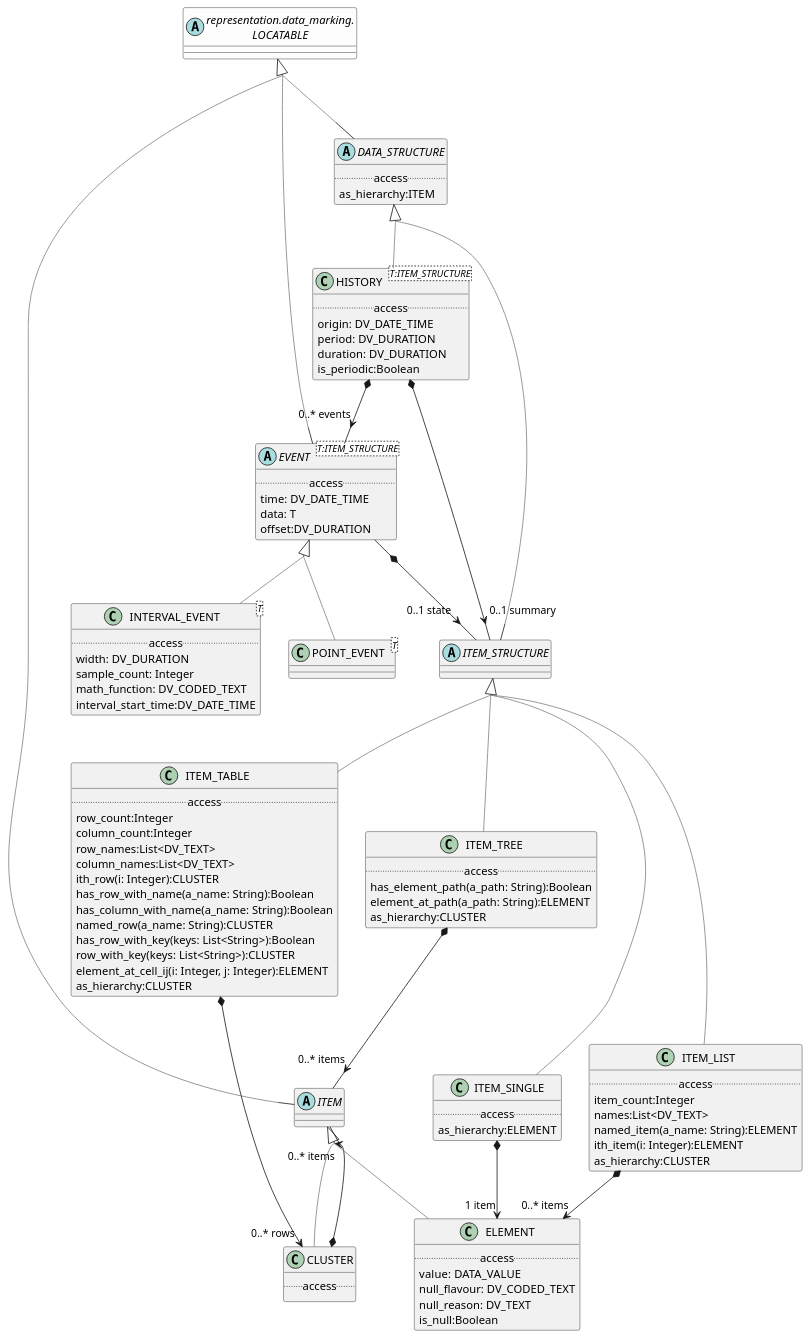
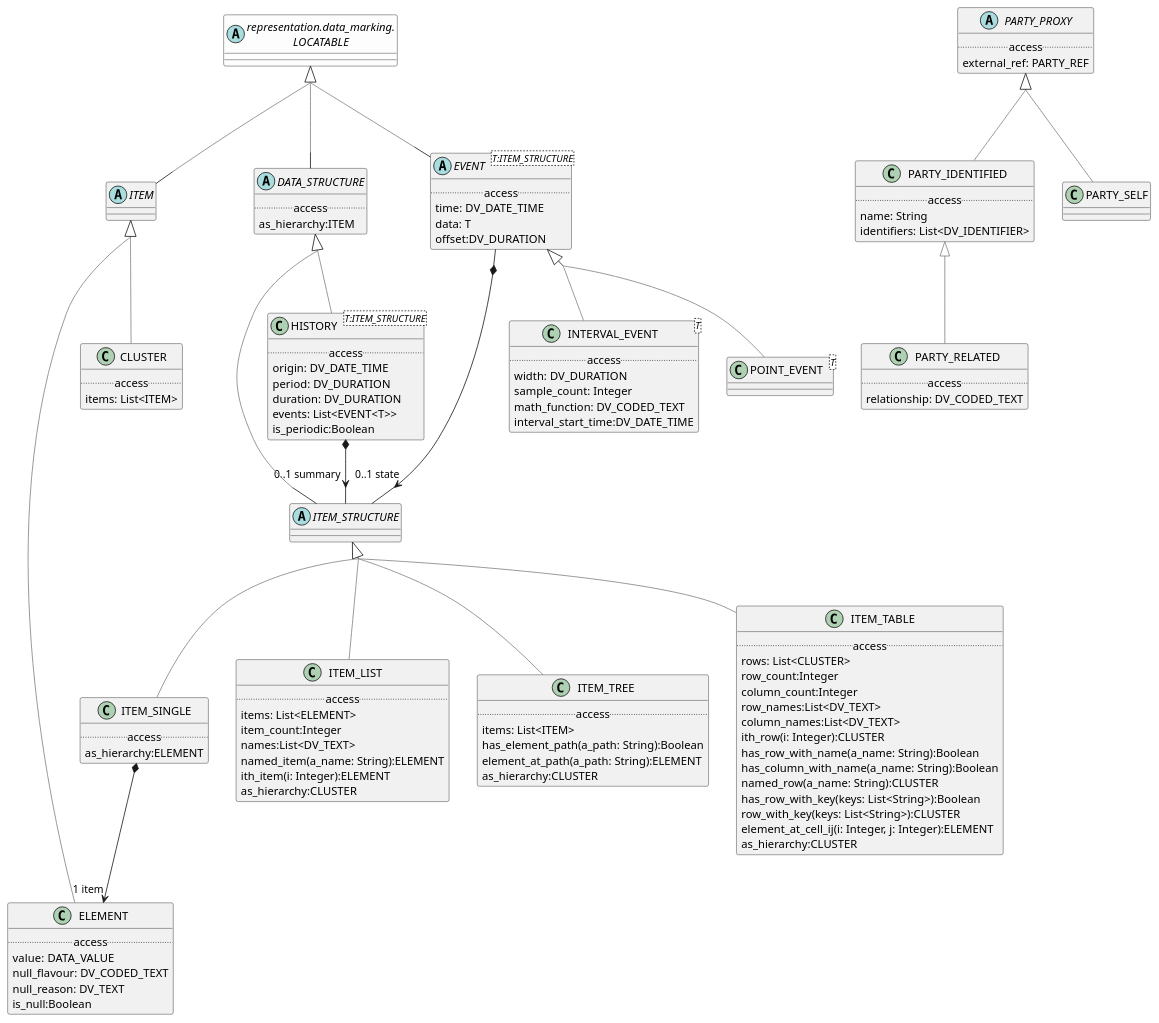
One commit to wolandscat/openehr-doc changed the diagram in modules/ROOT/examples/bmm/representation/data_structures/data_structures-package-uml.adoc. Above: the diagram before and after it, drawn with PlantUML. The commit also changed 2355 other files, not shown here.

```diff
--- a/modules/ROOT/examples/bmm/representation/data_structures/data_structures-package-uml.adoc
+++ b/modules/ROOT/examples/bmm/representation/data_structures/data_structures-package-uml.adoc
@@ -3,10 +3,10 @@
-[plantuml,opts=interactive]
+[plantuml,opts=interactive,link=self]
 ....
 skinparam groupInheritance 2
 skinparam citedClassColor #FDFDFD
 
 
-class INTERVAL_EVENT<T> [[/splashlang-doc/latest/representation/representation-data_structures.html#_class_interval_event]] {
+class INTERVAL_EVENT<T> [[/openehr-doc/latest/representation/data_structures-gen.html#_class_interval_event]] {
         .. access ..
         width: DV_DURATION
         sample_count: Integer
@@ -14,21 +14,28 @@
         interval_start_time:DV_DATE_TIME
 }
 
-EVENT <|-[#gray]- INTERVAL_EVENT
+INTERVAL_EVENT -[#gray]up-|> EVENT  
 
 
-class ITEM_SINGLE [[/splashlang-doc/latest/representation/representation-data_structures.html#_class_item_single]] {
+abstract class PARTY_PROXY [[/openehr-doc/latest/representation/data_structures-gen.html#_class_party_proxy]] {
+        .. access ..
+        external_ref: PARTY_REF
+}
+
+
+class ITEM_SINGLE [[/openehr-doc/latest/representation/data_structures-gen.html#_class_item_single]] {
         .. access ..
         as_hierarchy:ELEMENT
 }
 
-ITEM_STRUCTURE <|-[#gray]- ITEM_SINGLE
+ITEM_SINGLE -[#gray]up-|> ITEM_STRUCTURE  
 
 
 ITEM_SINGLE *--> "1 item" ELEMENT
 
-class ITEM_LIST [[/splashlang-doc/latest/representation/representation-data_structures.html#_class_item_list]] {
+class ITEM_LIST [[/openehr-doc/latest/representation/data_structures-gen.html#_class_item_list]] {
         .. access ..
+        items: List<ELEMENT>
         item_count:Integer
         names:List<DV_TEXT>
         named_item(a_name: String):ELEMENT
@@ -36,60 +43,73 @@
         as_hierarchy:CLUSTER
 }
 
-ITEM_STRUCTURE <|-[#gray]- ITEM_LIST
+ITEM_LIST -[#gray]up-|> ITEM_STRUCTURE  
 
 
-ITEM_LIST *--> "0..* items" ELEMENT
-
-class CLUSTER [[/splashlang-doc/latest/representation/representation-data_structures.html#_class_cluster]] {
+class CLUSTER [[/openehr-doc/latest/representation/data_structures-gen.html#_class_cluster]] {
         .. access ..
+        items: List<ITEM>
 }
 
-ITEM <|-[#gray]- CLUSTER
+CLUSTER -[#gray]up-|> ITEM  
 
 
-CLUSTER *--> "0..* items" ITEM
+class PARTY_RELATED [[/openehr-doc/latest/representation/data_structures-gen.html#_class_party_related]] {
+        .. access ..
+        relationship: DV_CODED_TEXT
+}
 
-class HISTORY<T:ITEM_STRUCTURE> [[/splashlang-doc/latest/representation/representation-data_structures.html#_class_history]] {
+PARTY_RELATED -[#gray]up-|> PARTY_IDENTIFIED  
+
+
+class HISTORY<T:ITEM_STRUCTURE> [[/openehr-doc/latest/representation/data_structures-gen.html#_class_history]] {
         .. access ..
         origin: DV_DATE_TIME
         period: DV_DURATION
         duration: DV_DURATION
+        events: List<EVENT<T>>
         is_periodic:Boolean
 }
 
-DATA_STRUCTURE <|-[#gray]- HISTORY
+HISTORY -[#gray]up-|> DATA_STRUCTURE  
 
 
 HISTORY *--> "0..1 summary" ITEM_STRUCTURE
 
-HISTORY *--> "0..* events" EVENT
+class PARTY_IDENTIFIED [[/openehr-doc/latest/representation/data_structures-gen.html#_class_party_identified]] {
+        .. access ..
+        name: String
+        identifiers: List<DV_IDENTIFIER>
+}
 
-abstract class EVENT<T:ITEM_STRUCTURE> [[/splashlang-doc/latest/representation/representation-data_structures.html#_class_event]] {
+PARTY_IDENTIFIED -[#gray]up-|> PARTY_PROXY  
+
+
+abstract class EVENT<T:ITEM_STRUCTURE> [[/openehr-doc/latest/representation/data_structures-gen.html#_class_event]] {
         .. access ..
         time: DV_DATE_TIME
         data: T
         offset:DV_DURATION
 }
 
-LOCATABLE <|-[#gray]- EVENT
+EVENT -[#gray]up-|> LOCATABLE  
 
 
 EVENT *--> "0..1 state" ITEM_STRUCTURE
 
-class POINT_EVENT<T> [[/splashlang-doc/latest/representation/representation-data_structures.html#_class_point_event]] {
+class POINT_EVENT<T> [[/openehr-doc/latest/representation/data_structures-gen.html#_class_point_event]] {
 }
 
-EVENT <|-[#gray]- POINT_EVENT
+POINT_EVENT -[#gray]up-|> EVENT  
 
 
-abstract class ITEM_STRUCTURE [[/splashlang-doc/latest/representation/representation-data_structures.html#_class_item_structure]] {
+abstract class ITEM_STRUCTURE [[/openehr-doc/latest/representation/data_structures-gen.html#_class_item_structure]] {
 }
 
-DATA_STRUCTURE <|-[#gray]- ITEM_STRUCTURE
+ITEM_STRUCTURE -[#gray]up-|> DATA_STRUCTURE  
 
 
-class ELEMENT [[/splashlang-doc/latest/representation/representation-data_structures.html#_class_element]] {
+class ELEMENT [[/openehr-doc/latest/representation/data_structures-gen.html#_class_element]] {
         .. access ..
         value: DATA_VALUE
         null_flavour: DV_CODED_TEXT
@@ -97,29 +117,35 @@
         is_null:Boolean
 }
 
-ITEM <|-[#gray]- ELEMENT
+ELEMENT -[#gray]up-|> ITEM  
 
 
-abstract class ITEM [[/splashlang-doc/latest/representation/representation-data_structures.html#_class_item]] {
+abstract class ITEM [[/openehr-doc/latest/representation/data_structures-gen.html#_class_item]] {
 }
 
-LOCATABLE <|-[#gray]- ITEM
+ITEM -[#gray]up-|> LOCATABLE  
 
 
-class ITEM_TREE [[/splashlang-doc/latest/representation/representation-data_structures.html#_class_item_tree]] {
+class ITEM_TREE [[/openehr-doc/latest/representation/data_structures-gen.html#_class_item_tree]] {
         .. access ..
+        items: List<ITEM>
         has_element_path(a_path: String):Boolean
         element_at_path(a_path: String):ELEMENT
         as_hierarchy:CLUSTER
 }
 
-ITEM_STRUCTURE <|-[#gray]- ITEM_TREE
+ITEM_TREE -[#gray]up-|> ITEM_STRUCTURE  
 
 
-ITEM_TREE *--> "0..* items" ITEM
+class PARTY_SELF [[/openehr-doc/latest/representation/data_structures-gen.html#_class_party_self]] {
+}
 
-class ITEM_TABLE [[/splashlang-doc/latest/representation/representation-data_structures.html#_class_item_table]] {
+PARTY_SELF -[#gray]up-|> PARTY_PROXY  
+
+
+class ITEM_TABLE [[/openehr-doc/latest/representation/data_structures-gen.html#_class_item_table]] {
         .. access ..
+        rows: List<CLUSTER>
         row_count:Integer
         column_count:Integer
         row_names:List<DV_TEXT>
@@ -134,19 +160,17 @@
         as_hierarchy:CLUSTER
 }
 
-ITEM_STRUCTURE <|-[#gray]- ITEM_TABLE
+ITEM_TABLE -[#gray]up-|> ITEM_STRUCTURE  
 
 
-ITEM_TABLE *--> "0..* rows" CLUSTER
-
-abstract class DATA_STRUCTURE [[/splashlang-doc/latest/representation/representation-data_structures.html#_class_data_structure]] {
+abstract class DATA_STRUCTURE [[/openehr-doc/latest/representation/data_structures-gen.html#_class_data_structure]] {
         .. access ..
         as_hierarchy:ITEM
 }
 
-LOCATABLE <|-[#gray]- DATA_STRUCTURE
+DATA_STRUCTURE -[#gray]up-|> LOCATABLE  
 
-abstract class "representation.data_marking.\nLOCATABLE" as LOCATABLE  [[/splashlang-doc/latest/representation/representation-data_marking.html#_class_locatable]] #FDFDFD {
+abstract class "representation.data_marking.\nLOCATABLE" as LOCATABLE  [[/openehr-doc/latest/representation/data_marking-gen.html#_class_locatable]] #FDFDFD {
 }
 
 ....
```
